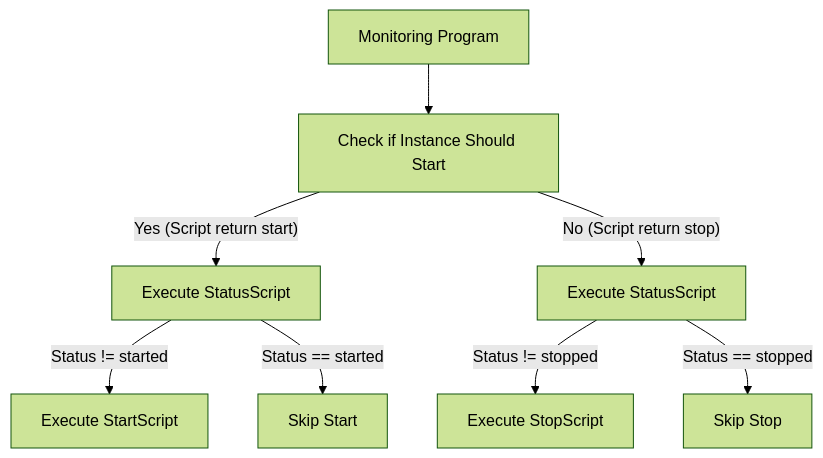
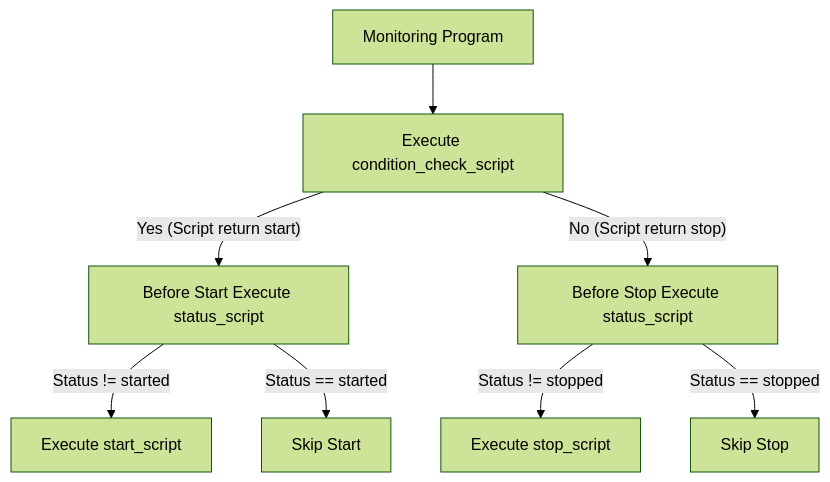
Before and after one commit to alauda/knowledge: the diagram in docs/en/solutions/How_to_perform_disaster_recovery_for_harbor.md, drawn with Mermaid (forest theme). The commit also changed other lines of this file, not shown here.

````diff
--- a/docs/en/solutions/How_to_perform_disaster_recovery_for_harbor.md
+++ b/docs/en/solutions/How_to_perform_disaster_recovery_for_harbor.md
@@ -381,10 +383,10 @@
 ```mermaid
 flowchart TD
-  Start[Monitoring Program] --> ConditionCheckScript[Check if Instance Should Start]
-  ConditionCheckScript -->|"Yes (Script return start)"| StatusBeforeStart[Execute StatusScript]
-  StatusBeforeStart -->|"Status != started"| StartScript[Execute StartScript]
+  Start[Monitoring Program] --> condition_check_script[Execute condition_check_script]
+  condition_check_script -->|"Yes (Script return start)"| StatusBeforeStart[Before Start Execute status_script]
+  StatusBeforeStart -->|"Status != started"| start_script[Execute start_script]
   StatusBeforeStart -->|"Status == started"| End1[Skip Start]
-  ConditionCheckScript -->|"No (Script return stop)"| StatusBeforeStop[Execute StatusScript]
-  StatusBeforeStop -->|"Status != stopped"| StopScript[Execute StopScript]
+  condition_check_script -->|"No (Script return stop)"| StatusBeforeStop[Before Stop Execute status_script]
+  StatusBeforeStop -->|"Status != stopped"| stop_script[Execute stop_script]
   StatusBeforeStop -->|"Status == stopped"| End[Skip Stop]
 ```
````
